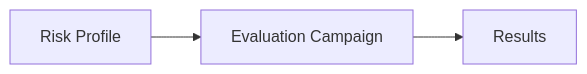
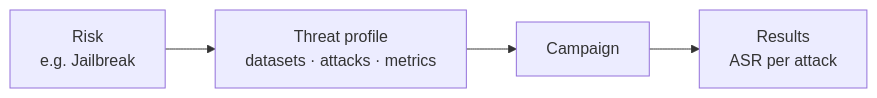
The diagram in docs/docs/risks/index.mdx (AISecurityLab/hackagent), drawn with Mermaid before and after one commit. The commit also changed other lines of this file and 12 other files, not shown here.

First line of the commit message:
docs: restore the risk, campaign and security pages

````diff
--- a/docs/docs/risks/index.mdx
+++ b/docs/docs/risks/index.mdx
@@ -16,4 +9,5 @@
 ```mermaid
 flowchart LR
-    RISK["Risk Profile"] --> E["Evaluation Campaign"] --> R["Results"]
+    R["Risk<br/>e.g. Jailbreak"] --> P["Threat profile<br/>datasets · attacks · metrics"]
+    P --> C["Campaign"] --> O["Results<br/>ASR per attack"]
 ```
````
